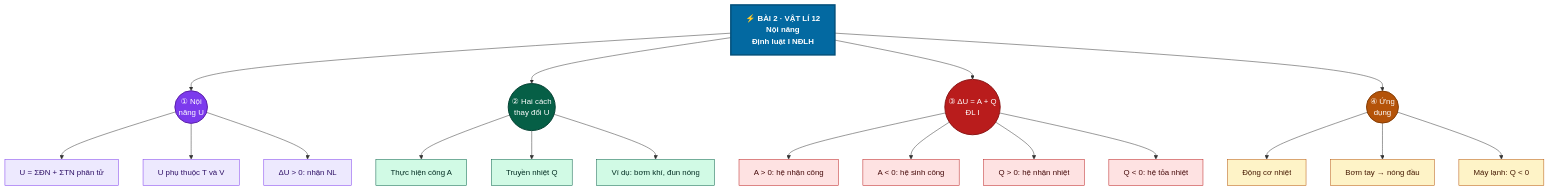
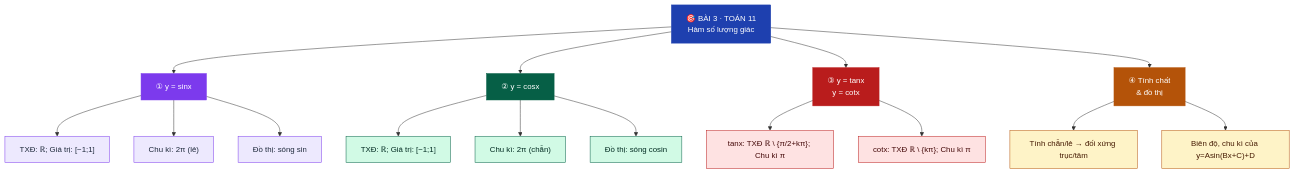
Diagram 14 of 30 in README.md (Trangtu66/Taode_thi_online), drawn with Mermaid before and after one commit. The commit also changed other lines of this file, not shown here.

Commit message:
Chuan hoa bo sung 30 mindmap Mermaid Toan 10/11/12 + Vatli 12

````diff
--- a/README.md
+++ b/README.md
@@ -170,45 +535,32 @@
 ```mermaid
 graph TD
-    Goc["⚡ BÀI 2 · VẬT LÍ 12\nNội năng\nĐịnh luật I NĐLH"]
+    G["🎯 BÀI 3 · TOÁN 11<br/>Hàm số lượng giác"]:::root
+    G --> A["① y = sinx"]:::n1
+    G --> B["② y = cosx"]:::n2
+    G --> C["③ y = tanx<br/>y = cotx"]:::n3
+    G --> D["④ Tính chất<br/>& đồ thị"]:::n4
 
-    Goc --> B1(("① Nội\nnăng U"))
-    Goc --> B2(("② Hai cách\nthay đổi U"))
-    Goc --> B3(("③ ΔU = A + Q\nĐL I"))
-    Goc --> B4(("④ Ứng\ndụng"))
+    A --> A1["TXĐ: ℝ; Giá trị: [−1;1]"]:::l1
+    A --> A2["Chu kì: 2π (lẻ)"]:::l1
+    A --> A3["Đồ thị: sóng sin"]:::l1
 
-    B1 --> B1a["U = ΣĐN + ΣTN phân tử"]
-    B1 --> B1b["U phụ thuộc T và V"]
-    B1 --> B1c["ΔU > 0: nhận NL"]
+    B --> B1["TXĐ: ℝ; Giá trị: [−1;1]"]:::l2
+    B --> B2["Chu kì: 2π (chẵn)"]:::l2
+    B --> B3["Đồ thị: sóng cosin"]:::l2
 
-    B2 --> B2a["Thực hiện công A"]
-    B2 --> B2b["Truyền nhiệt Q"]
-    B2 --> B2c["Ví dụ: bơm khí, đun nóng"]
+    C --> C1["tanx: TXĐ ℝ \ {π/2+kπ}; Chu kì π"]:::l3
+    C --> C2["cotx: TXĐ ℝ \ {kπ}; Chu kì π"]:::l3
 
-    B3 --> B3a["A > 0: hệ nhận công"]
-    B3 --> B3b["A < 0: hệ sinh công"]
-    B3 --> B3c["Q > 0: hệ nhận nhiệt"]
-    B3 --> B3d["Q < 0: hệ tỏa nhiệt"]
+    D --> D1["Tính chẵn/lẻ → đối xứng trục/tâm"]:::l4
+    D --> D2["Biên độ, chu kì của y=Asin(Bx+C)+D"]:::l4
 
-    B4 --> B4a["Động cơ nhiệt"]
-    B4 --> B4b["Bơm tay → nóng đầu"]
-    B4 --> B4c["Máy lạnh: Q < 0"]
-
-    style Goc fill:#0369A1,stroke:#024f7a,stroke-width:3px,color:#fff,font-weight:bold
-    style B1 fill:#7C3AED,stroke:#5b1fa8,stroke-width:2px,color:#fff
-    style B2 fill:#065F46,stroke:#044032,stroke-width:2px,color:#fff
-    style B3 fill:#B91C1C,stroke:#8a1414,stroke-width:2px,color:#fff
-    style B4 fill:#B45309,stroke:#863e06,stroke-width:2px,color:#fff
-    style B1a fill:#EDE9FE,stroke:#7C3AED,color:#2e1065
-    style B1b fill:#EDE9FE,stroke:#7C3AED,color:#2e1065
-    style B1c fill:#EDE9FE,stroke:#7C3AED,color:#2e1065
-    style B2a fill:#D1FAE5,stroke:#065F46,color:#022c22
-    style B2b fill:#D1FAE5,stroke:#065F46,color:#022c22
-    style B2c fill:#D1FAE5,stroke:#065F46,color:#022c22
-    style B3a fill:#FEE2E2,stroke:#B91C1C,color:#450a0a
-    style B3b fill:#FEE2E2,stroke:#B91C1C,color:#450a0a
-    style B3c fill:#FEE2E2,stroke:#B91C1C,color:#450a0a
-    style B3d fill:#FEE2E2,stroke:#B91C1C,color:#450a0a
-    style B4a fill:#FEF3C7,stroke:#B45309,color:#451a03
-    style B4b fill:#FEF3C7,stroke:#B45309,color:#451a03
-    style B4c fill:#FEF3C7,stroke:#B45309,color:#451a03
+    classDef root fill:#1E40AF,color:#fff,stroke:#1E40AF
+    classDef n1 fill:#7C3AED,color:#fff,stroke:#7C3AED
+    classDef n2 fill:#065F46,color:#fff,stroke:#065F46
+    classDef n3 fill:#B91C1C,color:#fff,stroke:#B91C1C
+    classDef n4 fill:#B45309,color:#fff,stroke:#B45309
+    classDef l1 fill:#EDE9FE,color:#1E293B,stroke:#7C3AED
+    classDef l2 fill:#D1FAE5,color:#022c22,stroke:#065F46
+    classDef l3 fill:#FEE2E2,color:#450a0a,stroke:#B91C1C
+    classDef l4 fill:#FEF3C7,color:#451a03,stroke:#B45309
 ```
````
